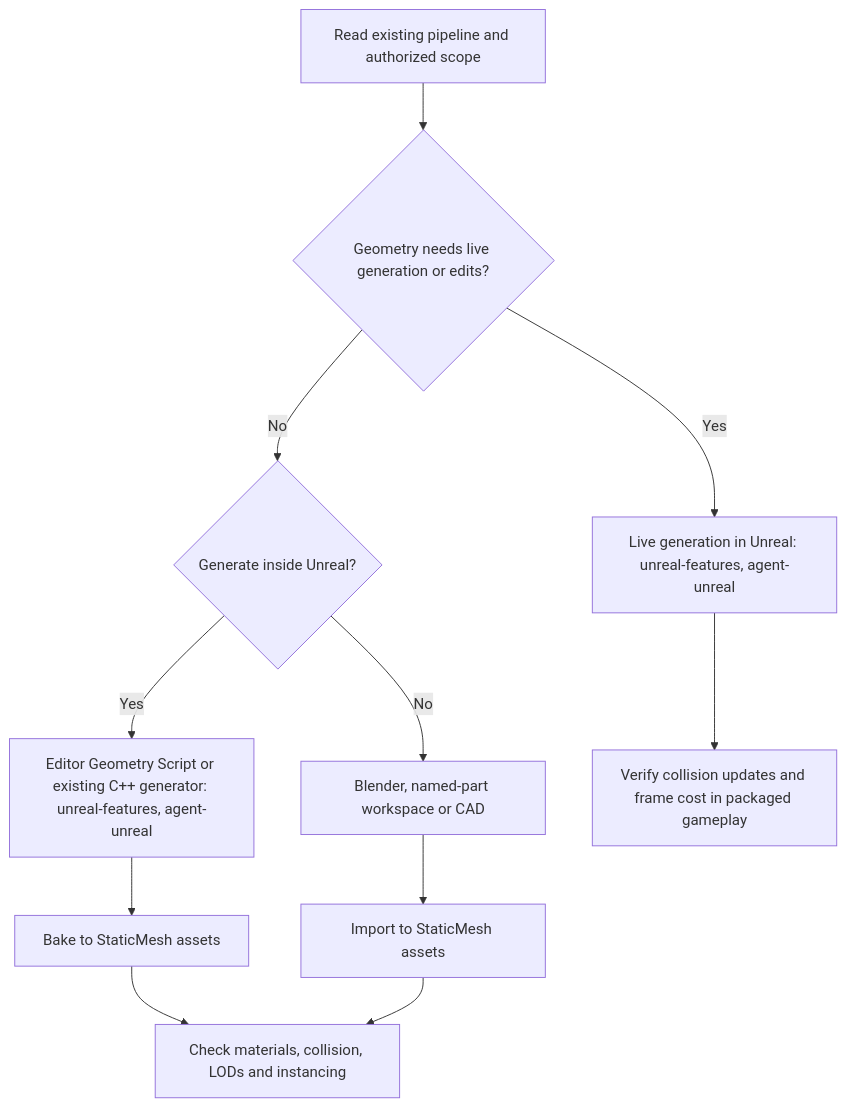
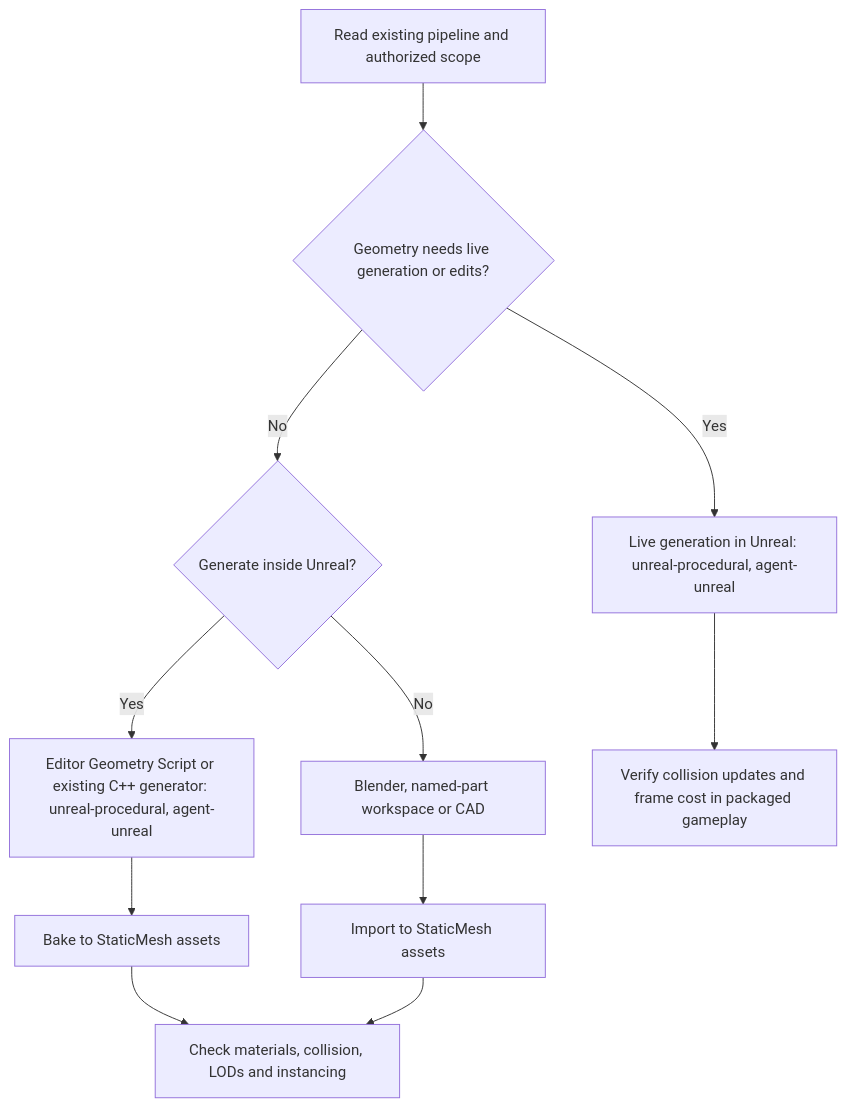
The diagram in skills/mesh-tool-selection/references/unreal-decision-tree.md (ehartye/agent-meshes), drawn with Mermaid before and after one commit. The commit also changed other lines of this file and 6 other files, not shown here.

Commit message:
Point the Unreal generation routes at the agent-unreal domain skills (0.26.3) (#169)

````diff
--- a/skills/mesh-tool-selection/references/unreal-decision-tree.md
+++ b/skills/mesh-tool-selection/references/unreal-decision-tree.md
@@ -6,14 +6,14 @@
 ```mermaid
 flowchart TD
     A[Read existing pipeline and authorized scope] --> B{Geometry needs live generation or edits?}
     B -- No --> C{Generate inside Unreal?}
-    C -- Yes --> D[Editor Geometry Script or existing C++ generator: unreal-features, agent-unreal]
+    C -- Yes --> D[Editor Geometry Script or existing C++ generator: unreal-procedural, agent-unreal]
     C -- No --> E[Blender, named-part workspace or CAD]
     D --> F[Bake to StaticMesh assets]
     E --> G[Import to StaticMesh assets]
     F --> H[Check materials, collision, LODs and instancing]
     G --> H
 
-    B -- Yes --> I[Live generation in Unreal: unreal-features, agent-unreal]
+    B -- Yes --> I[Live generation in Unreal: unreal-procedural, agent-unreal]
     I --> O[Verify collision updates and frame cost in packaged gameplay]
 ```
````
